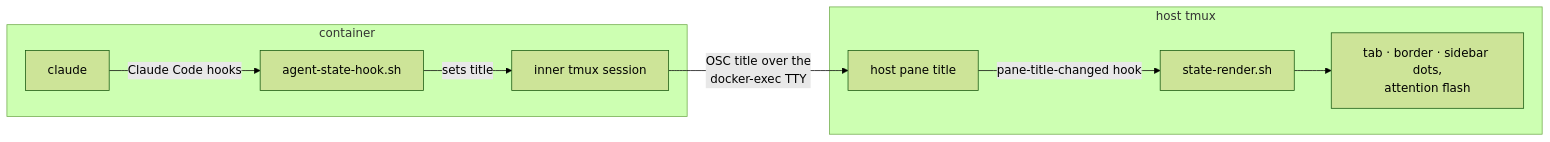
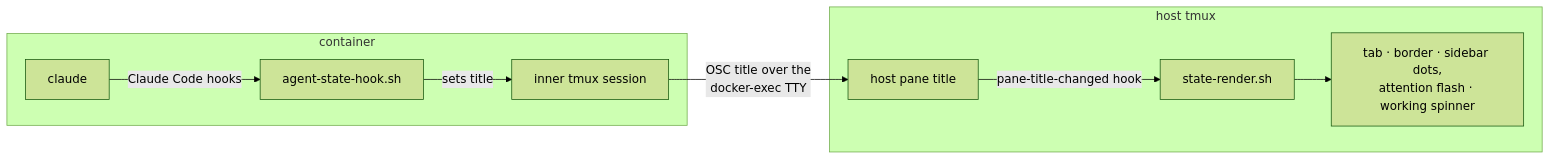
One commit to chrisdruta/vibe-tui-box changed the fifth of 5 diagrams in docs/architecture.md. Above: the diagram before and after it, drawn with Mermaid (forest theme). The commit also changed 1 other file, not shown here.

Commit message:
the record catches up — signal-density reads shipped, the state diagram admits the spinner

````diff
--- a/docs/architecture.md
+++ b/docs/architecture.md
@@ -361,12 +361,12 @@
 ```mermaid
 flowchart LR
     subgraph ctr["container"]
         cl["claude"] -->|"Claude Code hooks"| hk["agent-state-hook.sh"]
         hk -->|"sets title"| it["inner tmux session"]
     end
     it -->|"OSC title over the<br>docker-exec TTY"| pane["host pane title"]
     subgraph host["host tmux"]
         pane -->|"pane-title-changed hook"| sr["state-render.sh"]
-        sr --> dots["tab · border · sidebar dots,<br>attention flash"]
+        sr --> dots["tab · border · sidebar dots,<br>attention flash · working spinner"]
     end
 ```
````
